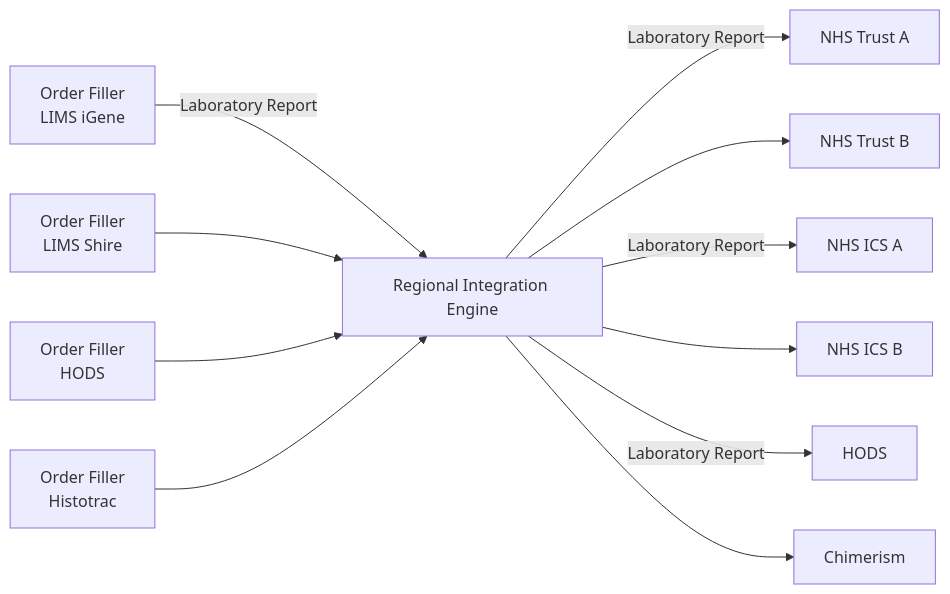
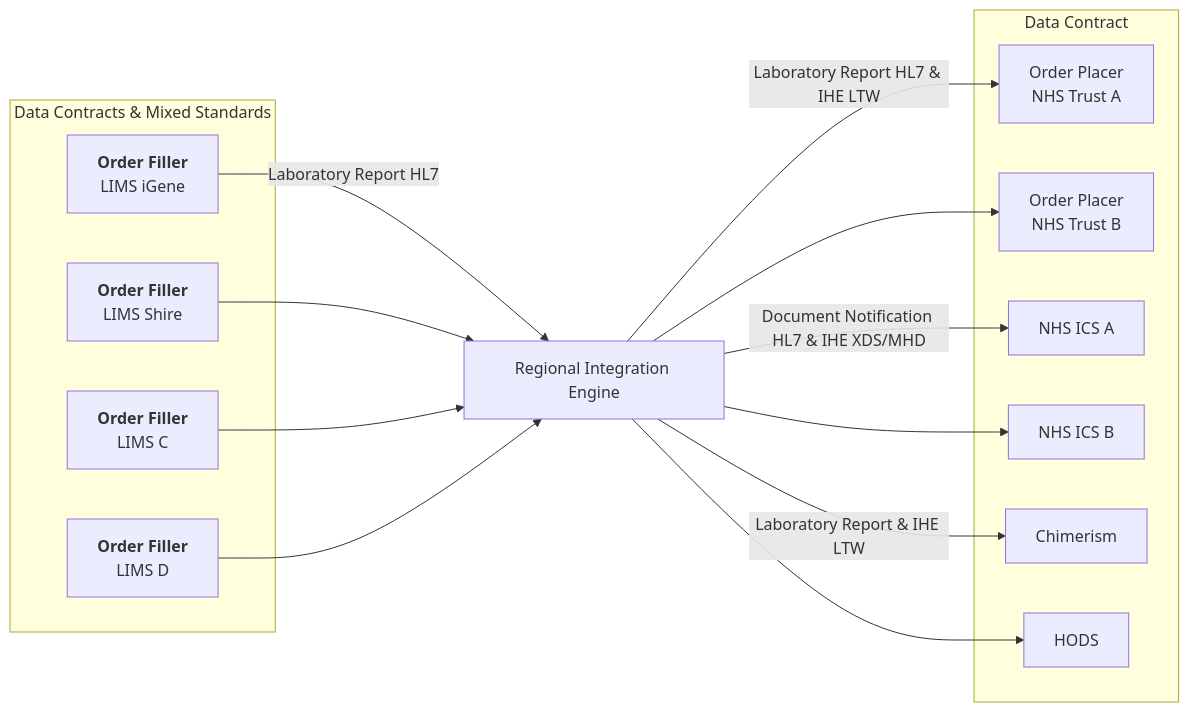
One commit to uk-gov-mirror/nw-gmsa.nw-gmsa.github.com changed the fourth of 4 diagrams in input/pagecontent/index.md. Above: the diagram before and after it, drawn with Mermaid. The commit also changed other lines of this file and 1 other file, not shown here.

Commit message:
Added lab order diagram

````diff
--- a/input/pagecontent/index.md
+++ b/input/pagecontent/index.md
@@ -46,13 +68,28 @@
 ```mermaid
 graph LR
-    LIMSA[Order Filler<br>LIMS iGene] --> |Laboratory Report| RIE
-    LIMSB[Order Filler<br>LIMS Shire] --> RIE
-    LIMSC[Order Filler<br>HODS] --> RIE
-    LIMSD[Order Filler<br>Histotrac] --> RIE
-    RIE[Regional Integration Engine] --> |Laboratory Report| NHSA[NHS Trust A]
-    RIE --> NHSB[NHS Trust B] 
-    RIE --> |Laboratory Report| ICSA[NHS ICS A]
-    RIE --> ICSB[NHS ICS B]
-    RIE --> |Laboratory Report| APPA[HODS]
-    RIE --> APPB[Chimerism]
+    subgraph Multiple[Data Contracts & Mixed Standards]
+        LIMSA[<b>Order Filler</b><br>LIMS iGene]
+        LIMSB[<b>Order Filler</b><br>LIMS Shire]
+        LIMSC[<b>Order Filler</b><br>LIMS C]
+        LIMSD[<b>Order Filler</b><br>LIMS D]
+    end
+    LIMSA --> |Laboratory Report HL7| RIE
+    LIMSB --> RIE
+    LIMSC --> RIE
+    LIMSD --> RIE
+    RIE[Regional Integration Engine] --> |Laboratory Report HL7 & IHE LTW| NHSA
+    RIE --> NHSB
+    RIE --> |Document Notification HL7 & IHE XDS/MHD| ICSA
+    RIE --> ICSB
+    RIE --> |Laboratory Report & IHE LTW| APPB
+    RIE --> APPA
+
+    subgraph DataContracts[Data Contract]
+        NHSA[Order Placer<br/>NHS Trust A]
+        NHSB[Order Placer<br/>NHS Trust B] 
+        ICSA[NHS ICS A]
+        ICSB[NHS ICS B]
+        APPA[HODS]
+        APPB[Chimerism]
+    end 
 ```
````
